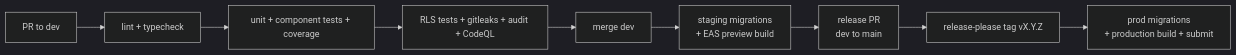
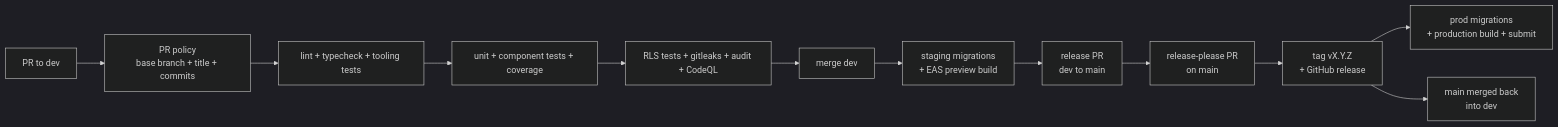
Before and after one commit to Nidroz/Tsuzuki: the second of 2 diagrams in docs/ARCHITECTURE.md, drawn with Mermaid (dark theme). The commit also changed other lines of this file and 1 other file, not shown here.

Commit message:
docs: document the ci workflows, required checks and release flow

````diff
--- a/docs/ARCHITECTURE.md
+++ b/docs/ARCHITECTURE.md
@@ -348,11 +353,14 @@
 ```mermaid
 flowchart LR
-    PR[PR to dev] --> Q[lint + typecheck]
+    PR[PR to dev] --> P[PR policy<br/>base branch + title + commits]
+    P --> Q[lint + typecheck + tooling tests]
     Q --> T[unit + component tests + coverage]
     T --> S[RLS tests + gitleaks + audit + CodeQL]
     S --> D[merge dev]
     D --> ST[staging migrations<br/>+ EAS preview build]
     ST --> R[release PR<br/>dev to main]
-    R --> TAG[release-please tag vX.Y.Z]
+    R --> RP[release-please PR<br/>on main]
+    RP --> TAG[tag vX.Y.Z<br/>+ GitHub release]
     TAG --> PROD[prod migrations<br/>+ production build + submit]
+    TAG --> BM[main merged back<br/>into dev]
 ```
````
